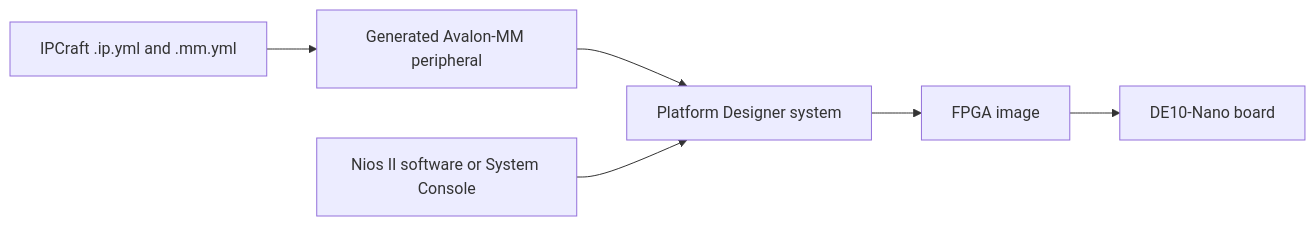
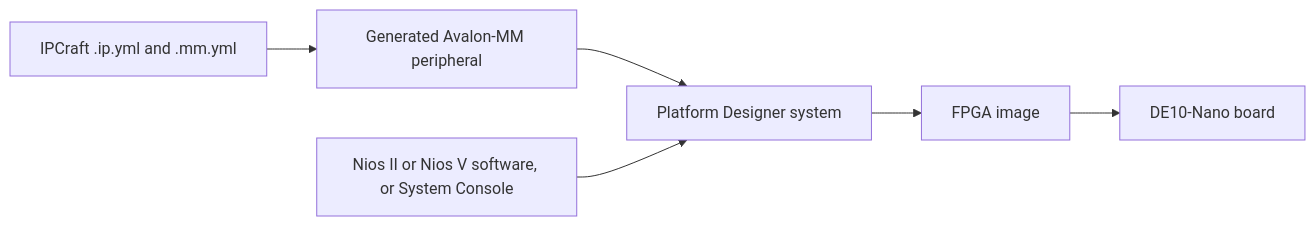
The first of 2 diagrams in docs/tutorials/de10-nano-case-study.md (bleviet/ipcraft-vscode), drawn with Mermaid before and after one commit. The commit also changed other lines of this file and 28 other files, not shown here.

Commit message:
feat(examples): add Nios V DE10-Nano flow

````diff
--- a/docs/tutorials/de10-nano-case-study.md
+++ b/docs/tutorials/de10-nano-case-study.md
@@ -9,8 +9,8 @@
 ```mermaid
 flowchart LR
     A[IPCraft .ip.yml and .mm.yml] --> B[Generated Avalon-MM peripheral]
     B --> C[Platform Designer system]
     C --> D[FPGA image]
     D --> E[DE10-Nano board]
-    F[Nios II software or System Console] --> C
+    F[Nios II or Nios V software, or System Console] --> C
 ```
````
